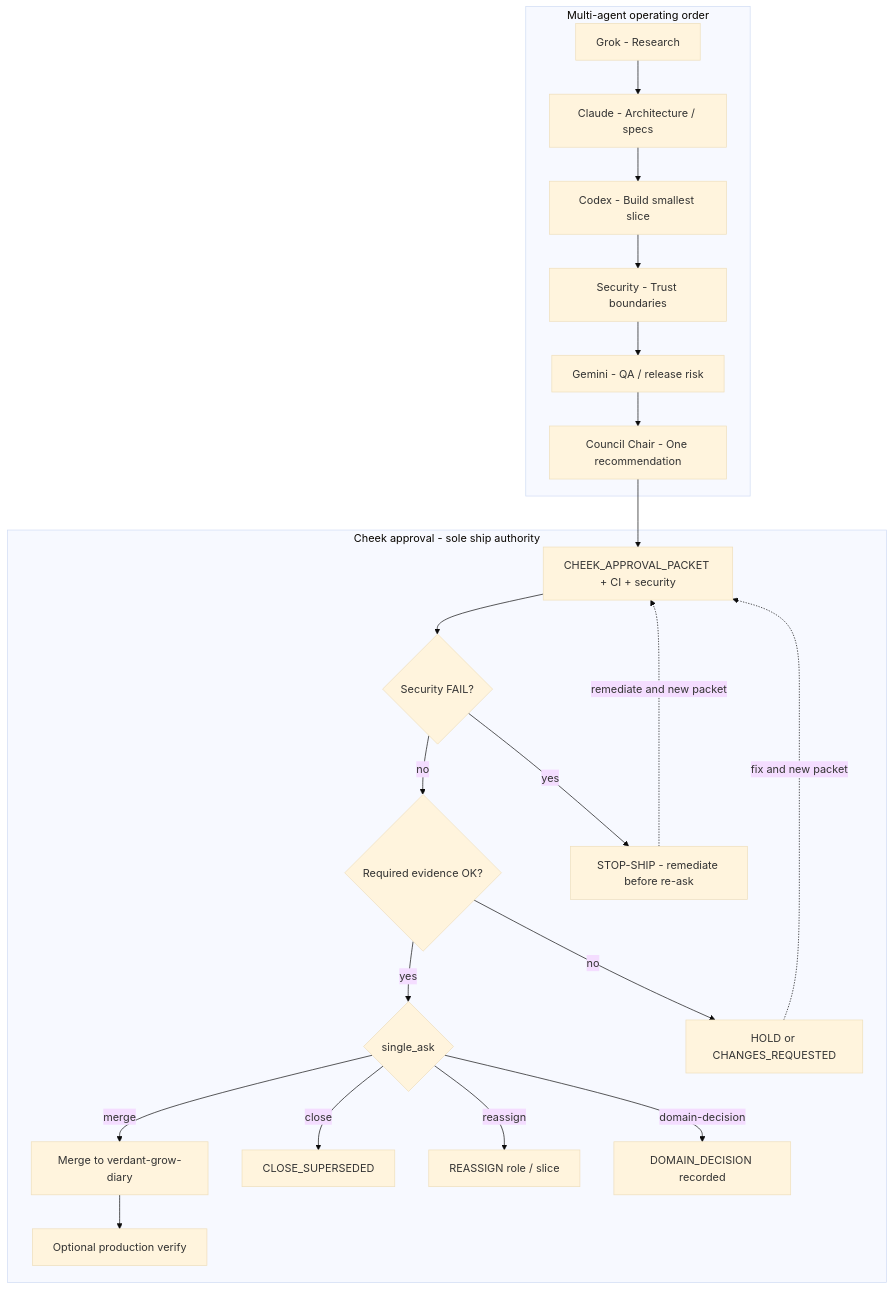
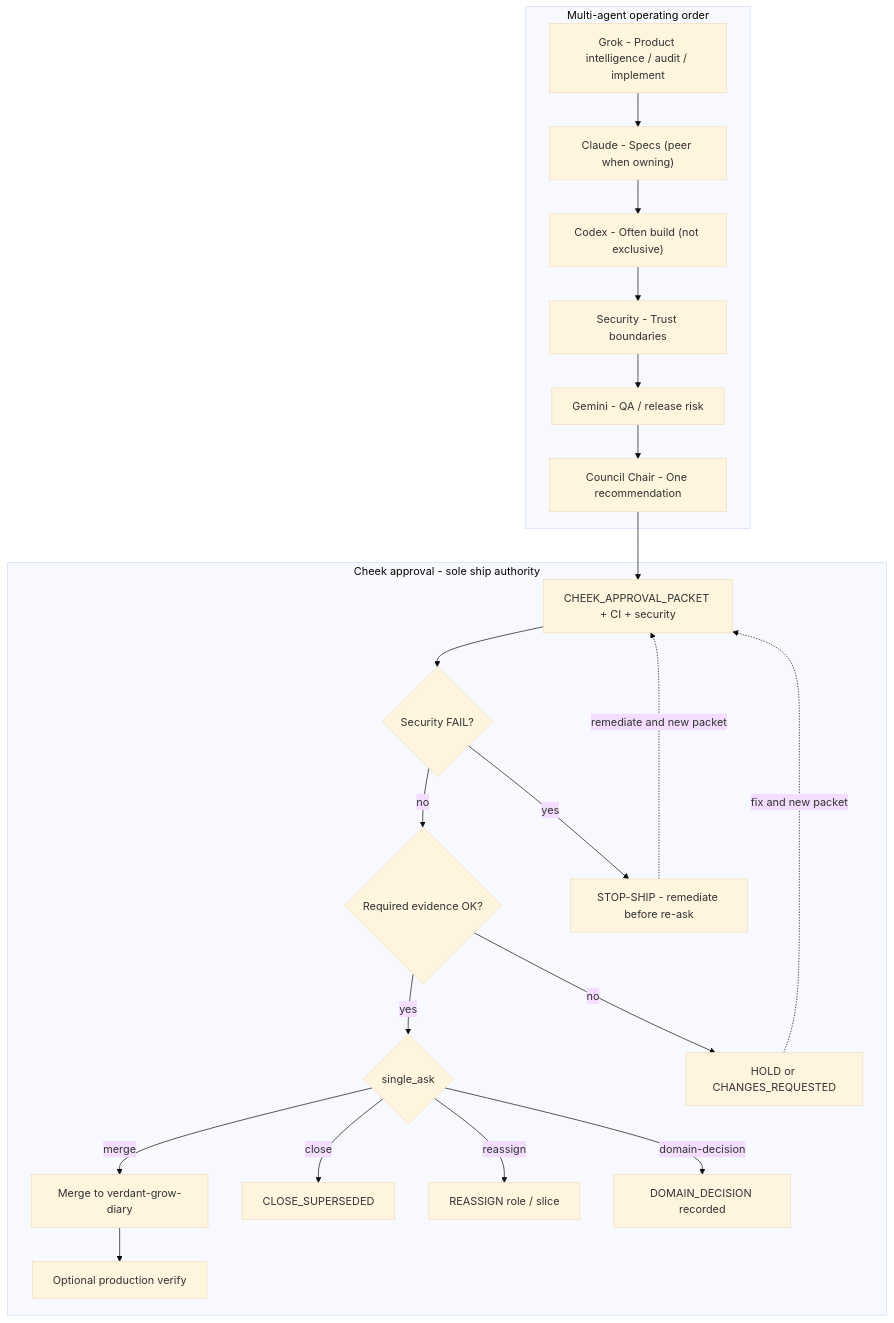
The second of 4 diagrams in docs/agents/cheek-approval-workflow.md (Verdant-OS/verdant-grow-diary), drawn with Mermaid (base theme) before and after one commit. The commit also changed other lines of this file and 14 other files, not shown here.

First line of the commit message:
docs(agents): elevate Grok as peer to Claude and Codex (#1060)

````diff
--- a/docs/agents/cheek-approval-workflow.md
+++ b/docs/agents/cheek-approval-workflow.md
@@ -366,44 +379,44 @@
 ```mermaid
 flowchart TB
   subgraph pipeline["Multi-agent operating order"]
-    Grok["Grok - Research"]
-    Claude["Claude - Architecture / specs"]
-    Codex["Codex - Build smallest slice"]
+    Grok["Grok - Product intelligence / audit / implement"]
+    Claude["Claude - Specs (peer when owning)"]
+    Codex["Codex - Often build (not exclusive)"]
     Security["Security - Trust boundaries"]
     Gemini["Gemini - QA / release risk"]
     Council["Council Chair - One recommendation"]
     Grok --> Claude
     Claude --> Codex
     Codex --> Security
     Security --> Gemini
     Gemini --> Council
   end
 
   subgraph cheek_gate["Cheek approval - sole ship authority"]
     Packet["CHEEK_APPROVAL_PACKET + CI + security"]
     SecFail{"Security FAIL?"}
     Evidence{"Required evidence OK?"}
     Ask{"single_ask"}
     StopShip["STOP-SHIP - remediate before re-ask"]
     Hold["HOLD or CHANGES_REQUESTED"]
     Merge["Merge to verdant-grow-diary"]
     Close["CLOSE_SUPERSEDED"]
     Reassign["REASSIGN role / slice"]
     Domain["DOMAIN_DECISION recorded"]
     Prod["Optional production verify"]
   end
 
   Council --> Packet
   Packet --> SecFail
   SecFail -->|yes| StopShip
   SecFail -->|no| Evidence
   Evidence -->|no| Hold
   Evidence -->|yes| Ask
   Ask -->|merge| Merge
   Ask -->|close| Close
   Ask -->|reassign| Reassign
   Ask -->|domain-decision| Domain
   Merge --> Prod
   Hold -.->|fix and new packet| Packet
   StopShip -.->|remediate and new packet| Packet
 ```
````
